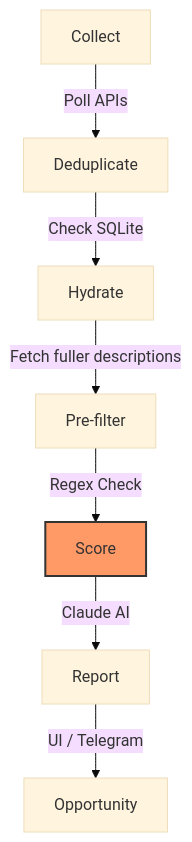
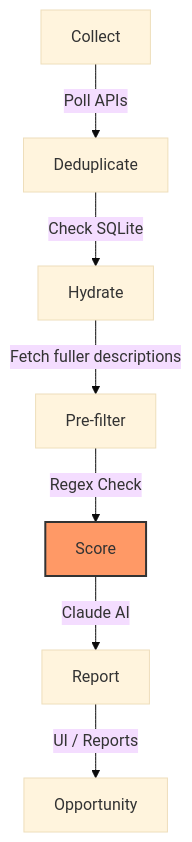
One commit to jdziergwa/job-radar changed the diagram in README.md. Above: the diagram before and after it, drawn with Mermaid (base theme). The commit also changed other lines of this file and 5 other files, not shown here.

````diff
--- a/README.md
+++ b/README.md
@@ -170,11 +182,11 @@
 ```mermaid
 graph TD
     A[Collect] -->|Poll APIs| B[Deduplicate]
     B -->|Check SQLite| C[Hydrate]
     C -->|Fetch fuller descriptions| D[Pre-filter]
     D -->|Regex Check| E[Score]
     E -->|Claude AI| F[Report]
-    F -->|UI / Telegram| G[Opportunity]
+    F -->|UI / Reports| G[Opportunity]
     
     style E fill:#f96,stroke:#333,stroke-width:2px
 ```
````
